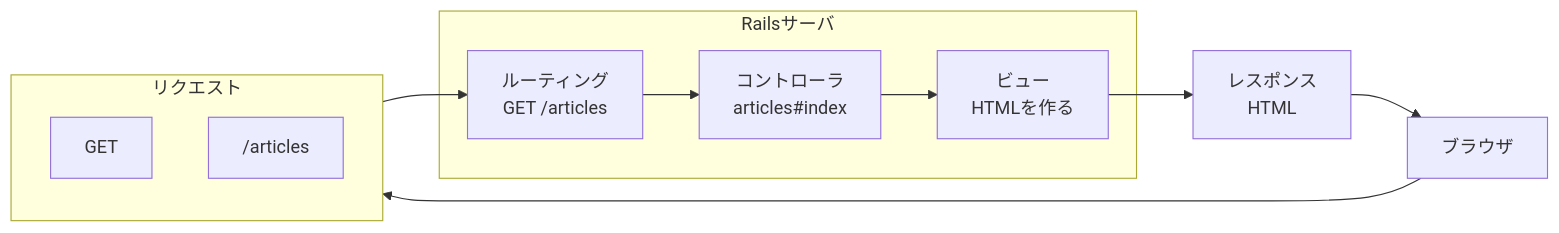
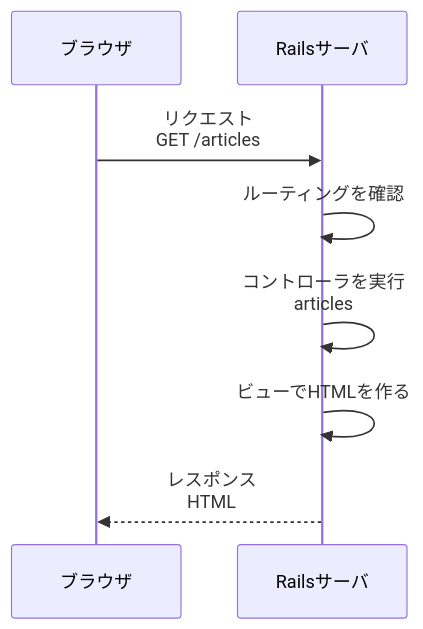
The fourth of 4 diagrams in 10/orientation.md (TORIFUKUKaiou/rails-dojo-year1-content), drawn with Mermaid before and after one commit. The commit also changed other lines of this file, not shown here.

Commit message:
Change Mermaid chart to sequence diagram in week 10 orientation

````diff
--- a/10/orientation.md
+++ b/10/orientation.md
@@ -367,24 +367,11 @@
 ```mermaid
-flowchart LR
-  Browser["ブラウザ"]
+sequenceDiagram
+  participant Browser as ブラウザ
+  participant Rails as Railsサーバ
 
-  subgraph Request["リクエスト"]
-    Method["GET"]
-    URL["/articles"]
-  end
-
-  subgraph Server["Railsサーバ"]
-    Routing["ルーティング<br>GET /articles"]
-    Controller["コントローラ<br>articles#index"]
-    View["ビュー<br>HTMLを作る"]
-  end
-
-  Response["レスポンス<br>HTML"]
-
-  Browser --> Request
-  Request --> Routing
-  Routing --> Controller
-  Controller --> View
-  View --> Response
-  Response --> Browser
+  Browser->>Rails: リクエスト<br>GET /articles
+  Rails->>Rails: ルーティングを確認
+  Rails->>Rails: コントローラを実行<br>articles#index
+  Rails->>Rails: ビューでHTMLを作る
+  Rails-->>Browser: レスポンス<br>HTML
 ```
````
